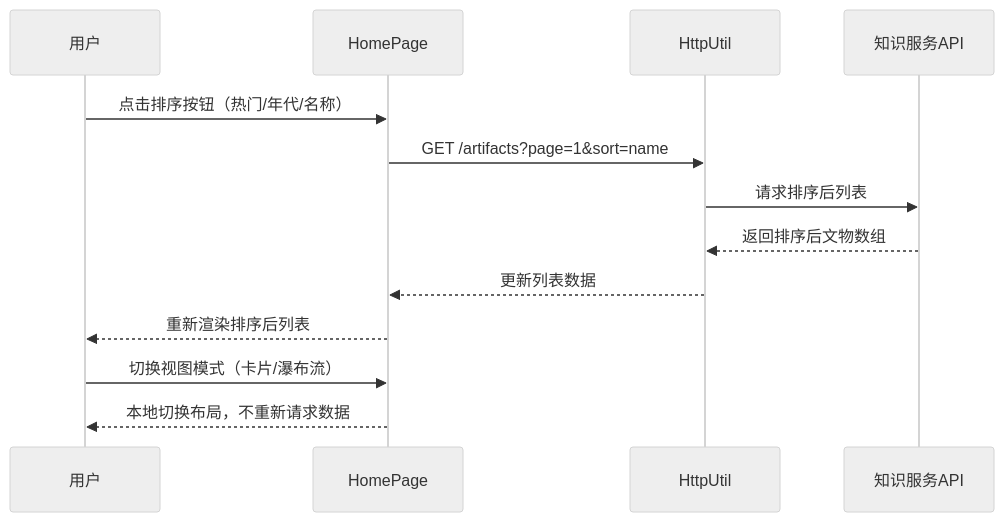
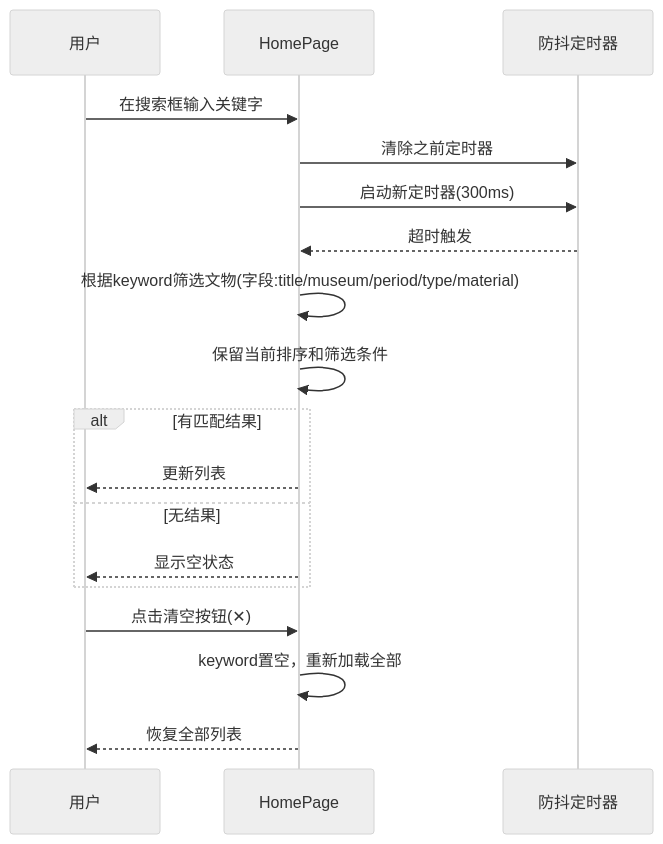
One commit to BUCT-CS2301/PalmMuseum changed the eighth of 13 diagrams in Doc/设计文档.md. Above: the diagram before and after it, drawn with Mermaid (neutral theme). The commit also changed other lines of this file and 14 other files, not shown here.

````diff
--- a/Doc/设计文档.md
+++ b/Doc/设计文档.md
@@ -578,17 +567,22 @@
 ```mermaid
 sequenceDiagram
     participant User as 用户
     participant HomePage as HomePage
-    participant HttpUtil as HttpUtil
-    participant API as 知识服务API
+    participant Timer as 防抖定时器
 
-    User->>HomePage: 点击排序按钮（热门/年代/名称）
-    HomePage->>HttpUtil: GET /artifacts?page=1&sort=name
-    HttpUtil->>API: 请求排序后列表
-    API-->>HttpUtil: 返回排序后文物数组
-    HttpUtil-->>HomePage: 更新列表数据
-    HomePage-->>User: 重新渲染排序后列表
+    User->>HomePage: 在搜索框输入关键字
+    HomePage->>Timer: 清除之前定时器
+    HomePage->>Timer: 启动新定时器(300ms)
+    Timer-->>HomePage: 超时触发
+    HomePage->>HomePage: 根据keyword筛选文物(字段:title/museum/period/type/material)
+    HomePage->>HomePage: 保留当前排序和筛选条件
+    alt 有匹配结果
+        HomePage-->>User: 更新列表
+    else 无结果
+        HomePage-->>User: 显示空状态
+    end
 
-    User->>HomePage: 切换视图模式（卡片/瀑布流）
-    HomePage-->>User: 本地切换布局，不重新请求数据
+    User->>HomePage: 点击清空按钮(✕)
+    HomePage->>HomePage: keyword置空，重新加载全部
+    HomePage-->>User: 恢复全部列表
 ```
````
